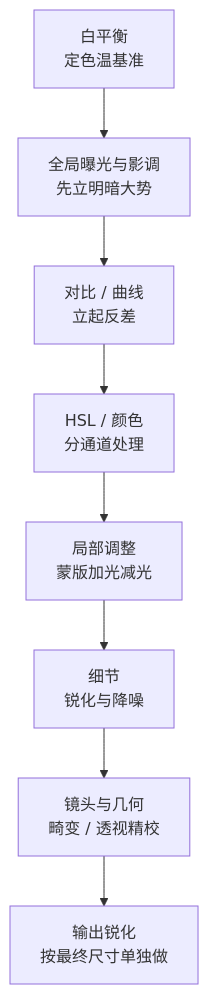
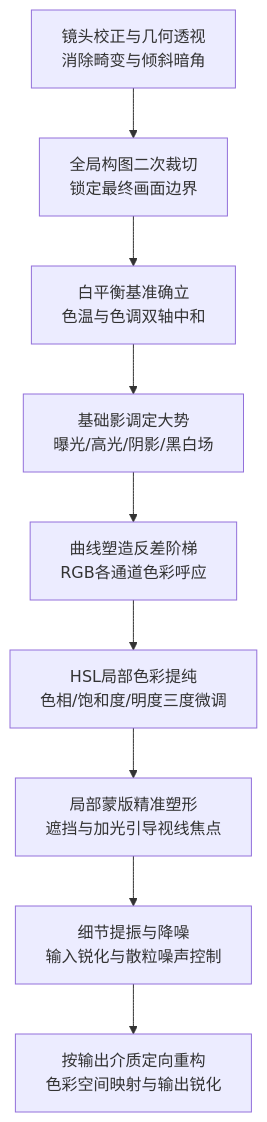
The second of 2 diagrams in docs/13-postprocess.md (yingwang/photography-book), drawn with Mermaid before and after one commit. The commit also changed other lines of this file, not shown here.

````diff
--- a/docs/13-postprocess.md
+++ b/docs/13-postprocess.md
@@ -122,10 +129,11 @@
 ```mermaid
 graph TD
-    A["白平衡<br/>定色温基准"] --> B["全局曝光与影调<br/>先立明暗大势"]
-    B --> C["对比 / 曲线<br/>立起反差"]
-    C --> D["HSL / 颜色<br/>分通道处理"]
-    D --> E["局部调整<br/>蒙版加光减光"]
-    E --> F["细节<br/>锐化与降噪"]
-    F --> G["镜头与几何<br/>畸变 / 透视精校"]
-    G --> H["输出锐化<br/>按最终尺寸单独做"]
+    A["镜头校正与几何透视<br/>消除畸变与倾斜暗角"] --> B["全局构图二次裁切<br/>锁定最终画面边界"]
+    B --> C["白平衡基准确立<br/>色温与色调双轴中和"]
+    C --> D["基础影调定大势<br/>曝光/高光/阴影/黑白场"]
+    D --> E["曲线塑造反差阶梯<br/>RGB各通道色彩呼应"]
+    E --> F["HSL局部色彩提纯<br/>色相/饱和度/明度三度微调"]
+    F --> G["局部蒙版精准塑形<br/>遮挡与加光引导视线焦点"]
+    G --> H["细节提振与降噪<br/>输入锐化与散粒噪声控制"]
+    H --> I["按输出介质定向重构<br/>色彩空间映射与输出锐化"]
 ```
````
